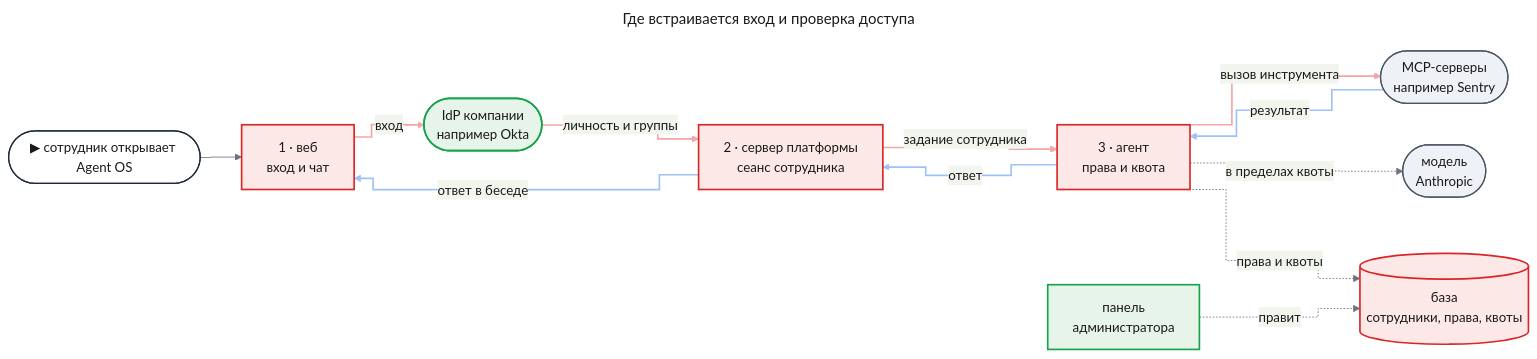
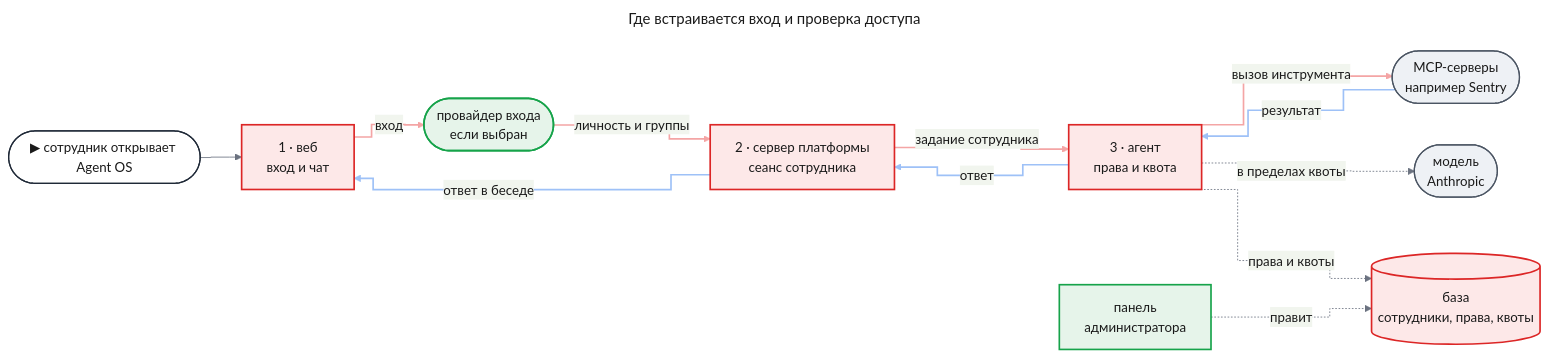
Before and after one commit to tundraray/agent-os: the first of 7 diagrams in docs/features/enterprise-access/prd.md, drawn with Mermaid. The commit also changed other lines of this file, not shown here.

````diff
--- a/docs/features/enterprise-access/prd.md
+++ b/docs/features/enterprise-access/prd.md
@@ -52,61 +53,61 @@
 ```mermaid
 ---
 title: "Где встраивается вход и проверка доступа"
 config:
   theme: base
   look: classic
   themeVariables:
     primaryColor: "#eef1f5"
     primaryBorderColor: "#4b5563"
     primaryTextColor: "#1a1a1a"
     lineColor: "#6b7280"
   flowchart:
     curve: step
   themeCSS: |
     @keyframes lit_ea{0%,12.86%{stroke:#991b1b;stroke-width:6px}14.29%,100%{stroke:#f4a5a5;stroke-width:2px}}
     @keyframes litr_ea{0%,12.86%{stroke:#1d4ed8;stroke-width:6px}14.29%,100%{stroke:#9ec1f7;stroke-width:2px}}
 ---
 flowchart LR
     entry(["▶ сотрудник открывает Agent OS"])
     web["1 · веб<br/>вход и чат"]
-    idp(["IdP компании<br/>например Okta"])
+    idp(["провайдер входа<br/>если выбран"])
     api["2 · сервер платформы<br/>сеанс сотрудника"]
     agent["3 · агент<br/>права и квота"]
     mcp(["MCP-серверы<br/>например Sentry"])
     model(["модель<br/>Anthropic"])
     db[("база<br/>сотрудники, права, квоты")]
     admin["панель<br/>администратора"]
     entry --> web
     web e1@-->|"вход"| idp
     idp e2@-->|"личность и группы"| api
     api e3@-->|"задание сотрудника"| agent
     agent e4@-->|"вызов инструмента"| mcp
     mcp e5@-->|"результат"| agent
     agent e6@-->|"ответ"| api
     api e7@-->|"ответ в беседе"| web
     agent -.->|"в пределах квоты"| model
     agent -.->|"права и квоты"| db
     admin -.->|"правит"| db
     classDef entry fill:#ffffff,stroke:#1f2937,stroke-width:1.5px,color:#1a1a1a
     classDef changed fill:#fde8e8,stroke:#dc2626,stroke-width:2px,color:#1a1a1a
     classDef new fill:#e6f4ea,stroke:#16a34a,stroke-width:2px,color:#1a1a1a
     classDef unchanged fill:#eef1f5,stroke:#4b5563,stroke-width:1.5px,color:#1a1a1a
     classDef w1 stroke:#f4a5a5,stroke-width:2px,animation:lit_ea 8.4s linear 0s infinite
     classDef w2 stroke:#f4a5a5,stroke-width:2px,animation:lit_ea 8.4s linear 1.2s infinite
     classDef w3 stroke:#f4a5a5,stroke-width:2px,animation:lit_ea 8.4s linear 2.4s infinite
     classDef w4 stroke:#f4a5a5,stroke-width:2px,animation:lit_ea 8.4s linear 3.6s infinite
     classDef r1 stroke:#9ec1f7,stroke-width:2px,animation:litr_ea 8.4s linear 4.8s infinite
     classDef r2 stroke:#9ec1f7,stroke-width:2px,animation:litr_ea 8.4s linear 6s infinite
     classDef r3 stroke:#9ec1f7,stroke-width:2px,animation:litr_ea 8.4s linear 7.2s infinite
     class entry entry
     class web,api,agent,db changed
     class idp,admin new
     class mcp,model unchanged
     class e1 w1
     class e2 w2
     class e3 w3
     class e4 w4
     class e5 r1
     class e6 r2
     class e7 r3
 ```
````
